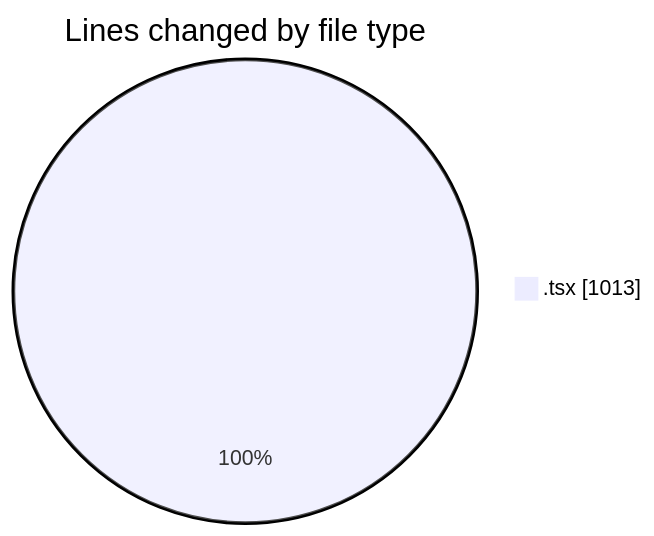
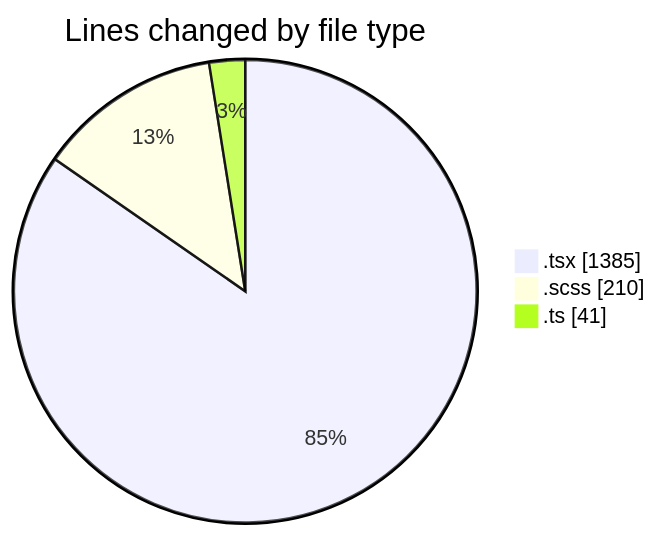
The first of 2 diagrams in 2026-05-11/cda/README.md (momahboobian/code-tracking), drawn with Mermaid before and after one commit. The commit also changed other lines of this file and 1 other file, not shown here.

````diff
--- a/2026-05-11/cda/README.md
+++ b/2026-05-11/cda/README.md
@@ -25,5 +31,7 @@
 ```mermaid
 pie showData
 title Lines changed by file type
-".tsx" : 1013
+".tsx" : 1385
+".scss" : 210
+".ts" : 41
 ```
````
